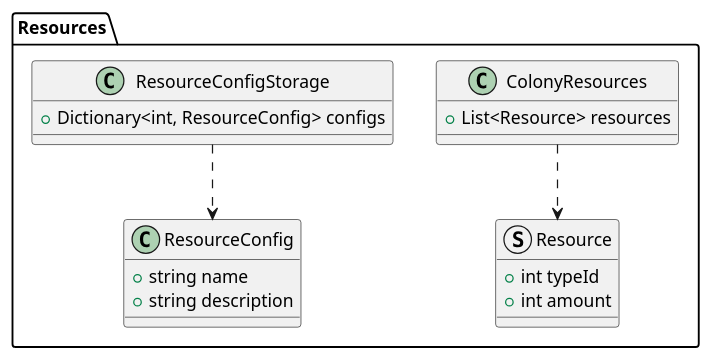
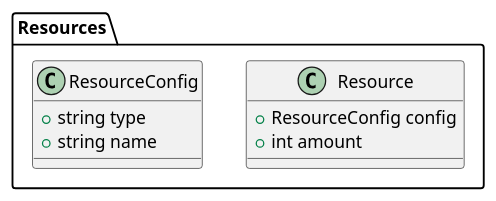
One commit to minusrep/Pivo-UML changed the diagram in Resources.puml. Above: the diagram before and after it, drawn with PlantUML. The commit also changed 2 other files, not shown here.

Commit message:
refactor: building config

```diff
--- a/Resources.puml
+++ b/Resources.puml
@@ -1,29 +1,21 @@
 @startuml
 'https://plantuml.com/class-diagram
 
 package "Resources" 
 {
-    class ColonyResources {
-        +List<Resource> resources
-    }
 
-    class ResourceConfigStorage {
-       +Dictionary<int, ResourceConfig> configs
-    }
-    
-    class ResourceConfig {
-        +string name
-        +string description
-    }
-
-    struct Resource {
-        +int typeId
+    class Resource 
+    {
+        +ResourceConfig config
         +int amount
     }
-    
-    ResourceConfigStorage ..> ResourceConfig
-    ColonyResources ..> Resource
+        
+    class ResourceConfig 
+    {
+        +string type
+        +string name
+    }
 }
 
 
 @enduml
```
